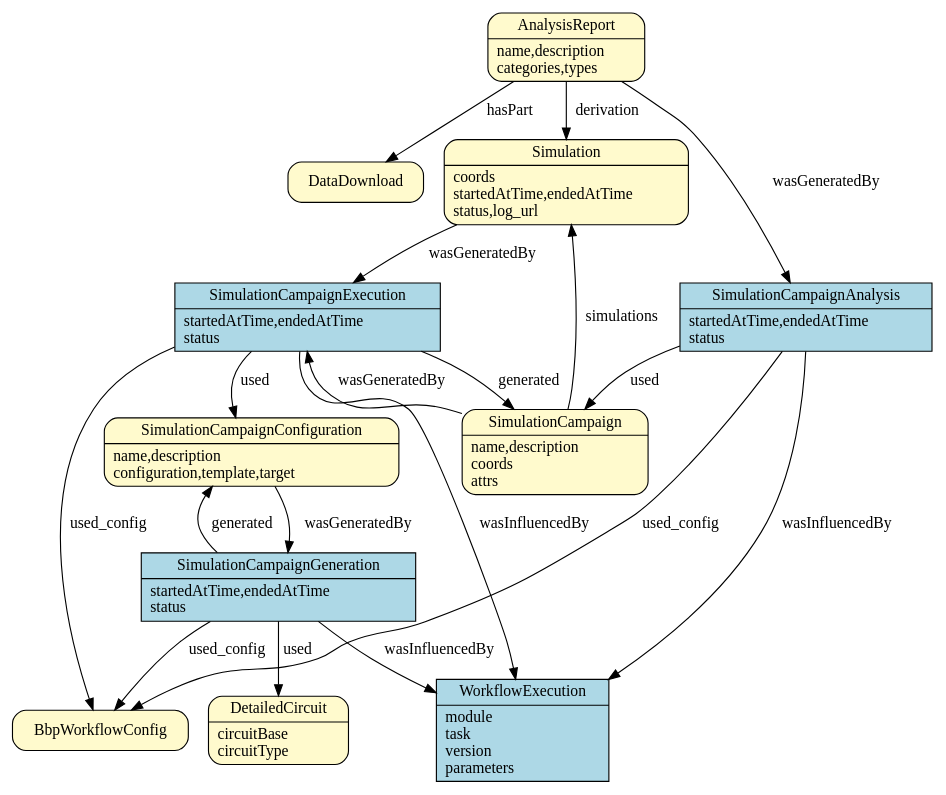
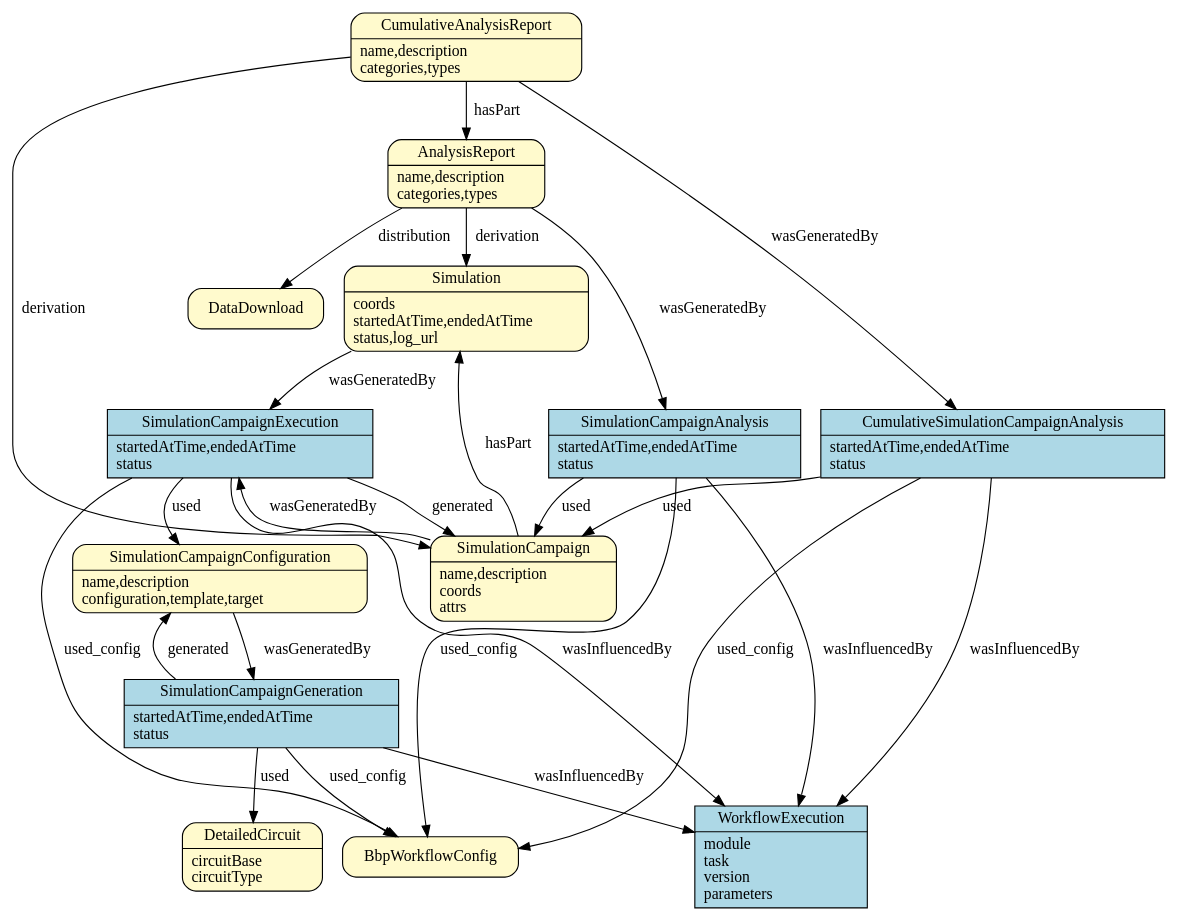
The fourth of 4 diagrams in doc/source/prov_patterns.rst (BlueBrain/entity-management), drawn with Graphviz before and after one commit. The commit also changed 1 other file, not shown here.

Commit message:
Add CumulativeAnalysisReport model

```diff
--- a/doc/source/prov_patterns.rst
+++ b/doc/source/prov_patterns.rst
@@ -137,10 +137,22 @@
             href = "../generated/entity_management.simulation.html#entity_management.simulation.SimulationCampaignAnalysis"
             target = "_top"
         ]
+        CumulativeSimulationCampaignAnalysis [
+            shape = record style = filled fillcolor = lightblue
+            label = "{CumulativeSimulationCampaignAnalysis|startedAtTime,endedAtTime\lstatus\l}"
+            href = "../generated/entity_management.simulation.html#entity_management.simulation.CumulativeSimulationCampaignAnalysis"
+            target = "_top"
+        ]
         AnalysisReport [
             shape = Mrecord style = filled fillcolor = lemonchiffon
             label = "{AnalysisReport|name,description\lcategories,types\l}"
             href = "../generated/entity_management.simulation.html#entity_management.simulation.AnalysisReport"
+            target = "_top"
+        ]
+        CumulativeAnalysisReport [
+            shape = Mrecord style = filled fillcolor = lemonchiffon
+            label = "{CumulativeAnalysisReport|name,description\lcategories,types\l}"
+            href = "../generated/entity_management.simulation.html#entity_management.simulation.CumulativeAnalysisReport"
             target = "_top"
         ]
         WorkflowExecution [
@@ -160,12 +172,18 @@
         SimulationCampaignExecution -> SimulationCampaign [label = "generated"];
         SimulationCampaignExecution -> WorkflowExecution [label = "wasInfluencedBy"];
         SimulationCampaign -> SimulationCampaignExecution [label = "wasGeneratedBy"];
-        SimulationCampaign -> Simulation [label = "simulations"];
+        SimulationCampaign -> Simulation [label = "hasPart"];
         Simulation -> SimulationCampaignExecution [label = "wasGeneratedBy"];
         SimulationCampaignAnalysis -> BbpWorkflowConfig [label = "used_config"];
         SimulationCampaignAnalysis -> SimulationCampaign [label = "used"];
         SimulationCampaignAnalysis -> WorkflowExecution [label = "wasInfluencedBy"];
+        CumulativeSimulationCampaignAnalysis -> BbpWorkflowConfig [label = "used_config"];
+        CumulativeSimulationCampaignAnalysis -> SimulationCampaign [label = "used"];
+        CumulativeSimulationCampaignAnalysis -> WorkflowExecution [label = "wasInfluencedBy"];
         AnalysisReport -> Simulation [label = "derivation"];
         AnalysisReport -> SimulationCampaignAnalysis [label = "wasGeneratedBy"];
-        AnalysisReport -> DataDownload [label = "hasPart"];
+        AnalysisReport -> DataDownload [label = "distribution"];
+        CumulativeAnalysisReport -> SimulationCampaign [label = "derivation"];
+        CumulativeAnalysisReport -> CumulativeSimulationCampaignAnalysis [label = "wasGeneratedBy"];
+        CumulativeAnalysisReport -> AnalysisReport [label = "hasPart"];
     }
```
